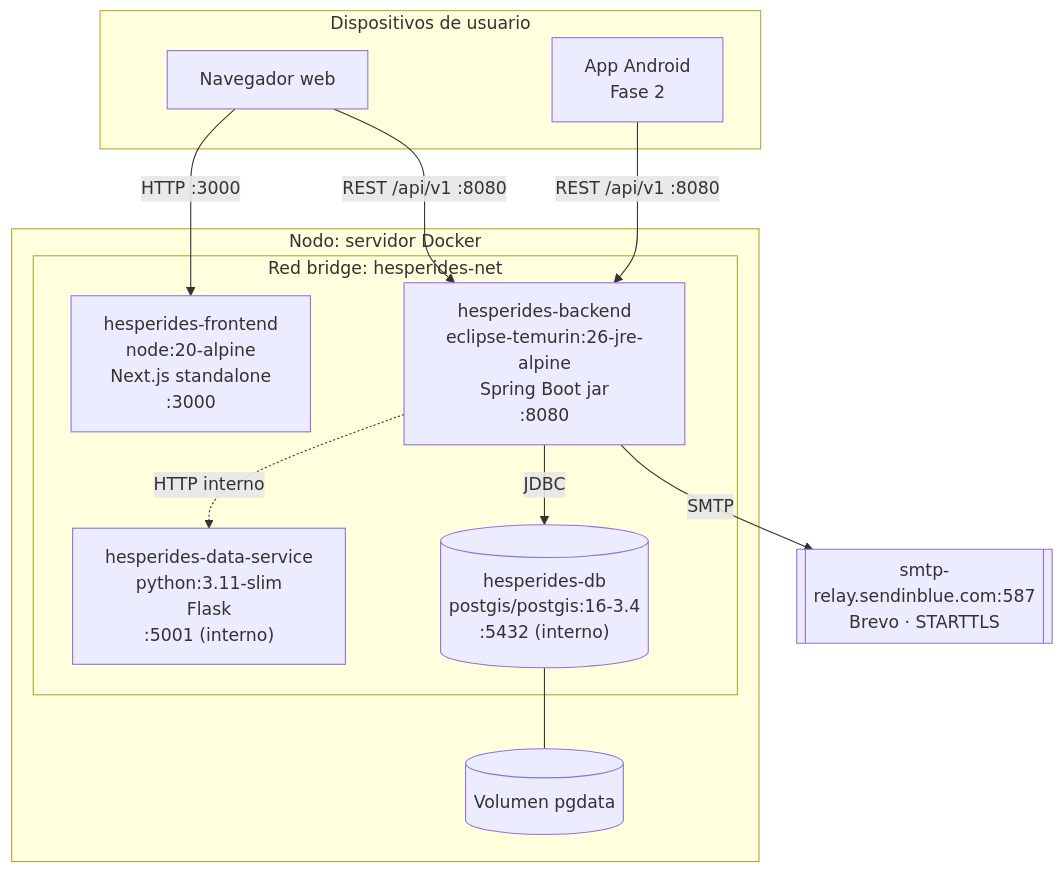
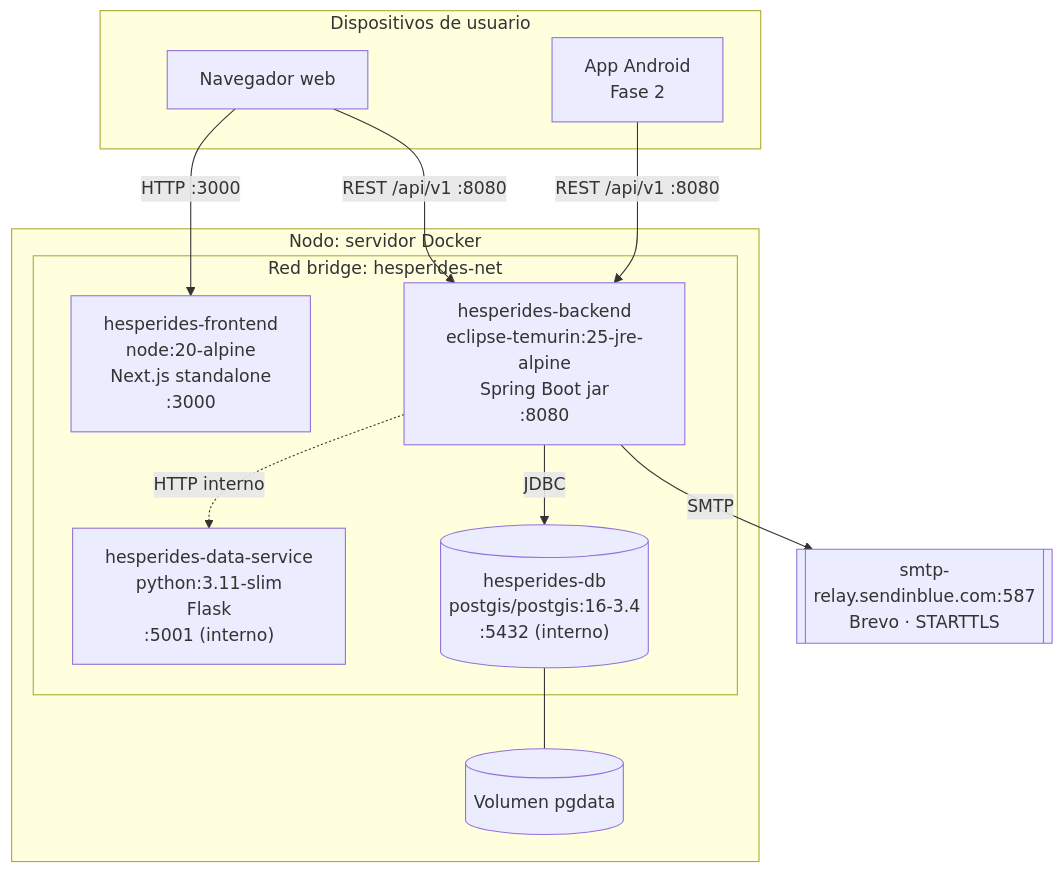
Before and after one commit to BotaniPUCP/Hesperides: the first of 3 diagrams in docs/arquitectura/despliegue/despliegue.md, drawn with Mermaid. The commit also changed other lines of this file and 80 other files, not shown here.

````diff
--- a/docs/arquitectura/despliegue/despliegue.md
+++ b/docs/arquitectura/despliegue/despliegue.md
@@ -29,27 +29,27 @@
 ```mermaid
 flowchart TB
     subgraph USR[Dispositivos de usuario]
         BR[Navegador web]
         AND[App Android<br/>Fase 2]
     end
 
     subgraph HOST[Nodo: servidor Docker]
         subgraph NET[Red bridge: hesperides-net]
             FE["hesperides-frontend<br/>node:20-alpine<br/>Next.js standalone<br/>:3000"]
-            BE["hesperides-backend<br/>eclipse-temurin:26-jre-alpine<br/>Spring Boot jar<br/>:8080"]
+            BE["hesperides-backend<br/>eclipse-temurin:25-jre-alpine<br/>Spring Boot jar<br/>:8080"]
             DS["hesperides-data-service<br/>python:3.11-slim<br/>Flask<br/>:5001 (interno)"]
             DB[("hesperides-db<br/>postgis/postgis:16-3.4<br/>:5432 (interno)")]
         end
         VOL[(Volumen pgdata)]
     end
 
     SMTP[[smtp-relay.sendinblue.com:587<br/>Brevo · STARTTLS]]
 
     BR -- HTTP :3000 --> FE
     BR -- "REST /api/v1 :8080" --> BE
     AND -- "REST /api/v1 :8080" --> BE
     BE -- JDBC --> DB
     BE -. HTTP interno .-> DS
     BE -- SMTP --> SMTP
     DB --- VOL
 ```
````
